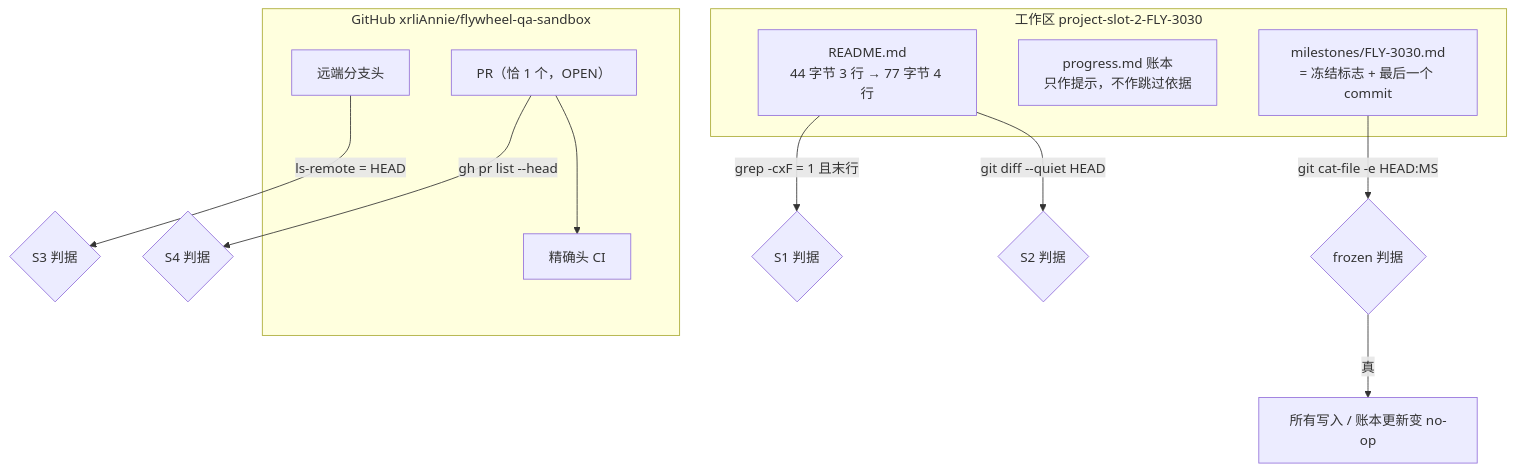
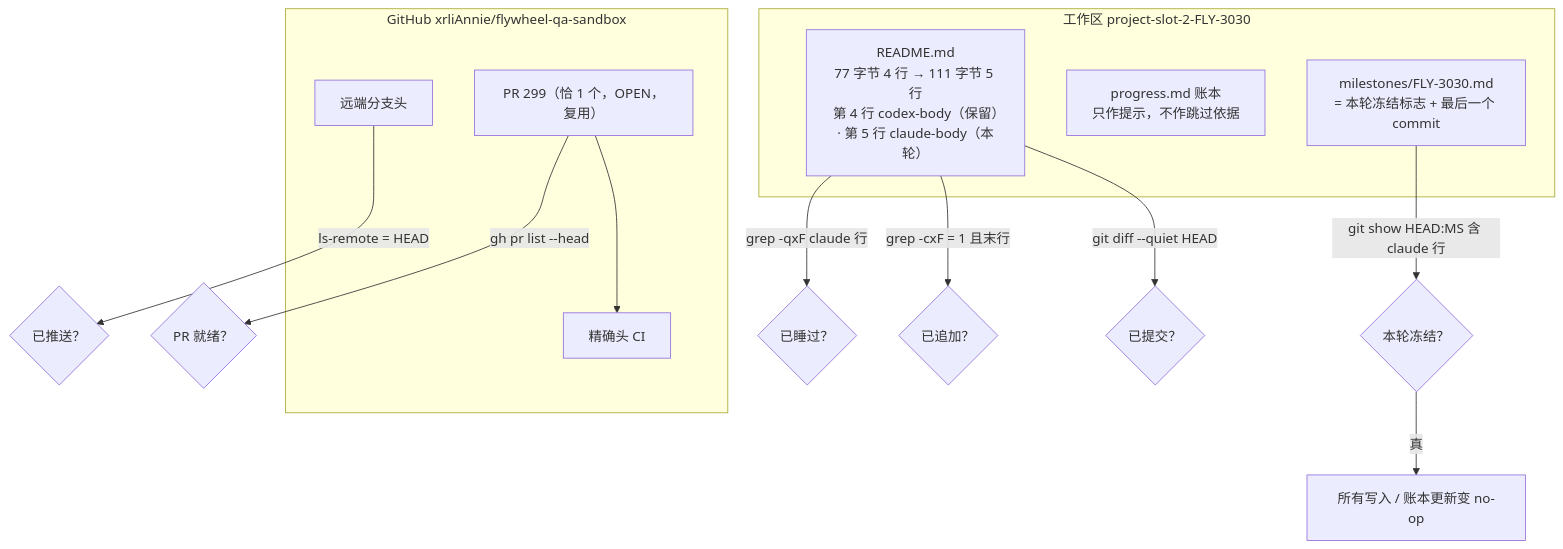
Before and after one commit to xrliAnnie/flywheel-qa-sandbox: the diagram in engineering/doc/FLY-3030-n-to-n-codex-probe/diagrams/d3-model.mmd, drawn with Mermaid. The commit also changed 7 other files, not shown here.

Commit message:
docs(FLY-3030): founder design HTML for round 2 (claude-body + sleep 780)

```diff
--- a/engineering/doc/FLY-3030-n-to-n-codex-probe/diagrams/d3-model.mmd
+++ b/engineering/doc/FLY-3030-n-to-n-codex-probe/diagrams/d3-model.mmd
@@ -1,18 +1,19 @@
 flowchart TB
     subgraph WT["工作区 project-slot-2-FLY-3030"]
-        R["README.md<br/>44 字节 3 行 → 77 字节 4 行"]
+        R["README.md<br/>77 字节 4 行 → 111 字节 5 行<br/>第 4 行 codex-body（保留）· 第 5 行 claude-body（本轮）"]
         L["progress.md 账本<br/>只作提示，不作跳过依据"]
-        M["milestones/FLY-3030.md<br/>= 冻结标志 + 最后一个 commit"]
+        M["milestones/FLY-3030.md<br/>= 本轮冻结标志 + 最后一个 commit"]
     end
     subgraph GH["GitHub xrliAnnie/flywheel-qa-sandbox"]
         B["远端分支头"]
-        P["PR（恰 1 个，OPEN）"]
+        P["PR 299（恰 1 个，OPEN，复用）"]
         C["精确头 CI"]
     end
-    R -- "grep -cxF = 1 且末行" --> J1{"S1 判据"}
-    R -- "git diff --quiet HEAD" --> J2{"S2 判据"}
-    B -- "ls-remote = HEAD" --> J3{"S3 判据"}
-    P -- "gh pr list --head" --> J4{"S4 判据"}
-    M -- "git cat-file -e HEAD:MS" --> J5{"frozen 判据"}
+    R -- "grep -qxF claude 行" --> J0{"已睡过？"}
+    R -- "grep -cxF = 1 且末行" --> J1{"已追加？"}
+    R -- "git diff --quiet HEAD" --> J2{"已提交？"}
+    B -- "ls-remote = HEAD" --> J3{"已推送？"}
+    P -- "gh pr list --head" --> J4{"PR 就绪？"}
+    M -- "git show HEAD:MS 含 claude 行" --> J5{"本轮冻结？"}
     J5 -- "真" --> N["所有写入 / 账本更新变 no-op"]
     P --> C
```
